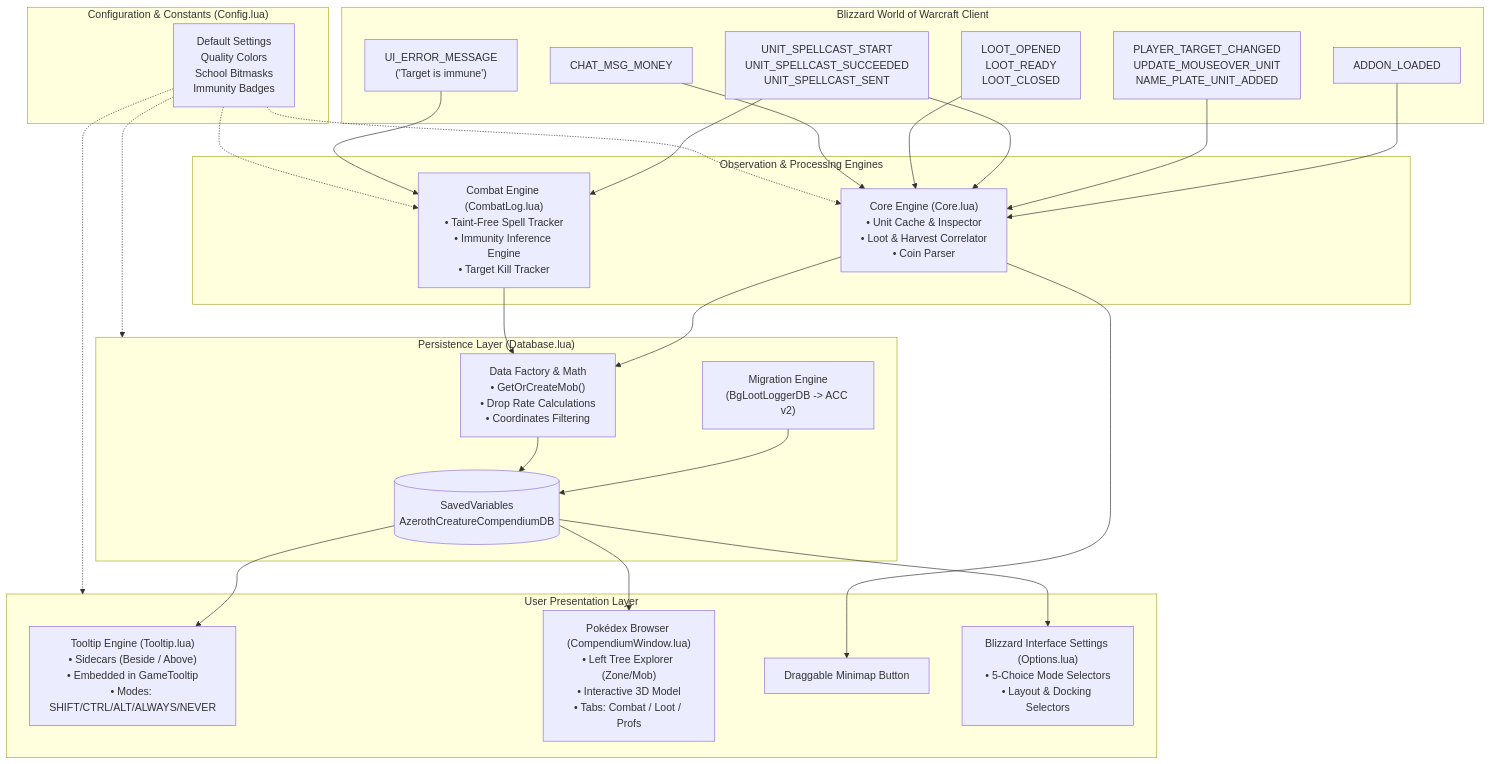
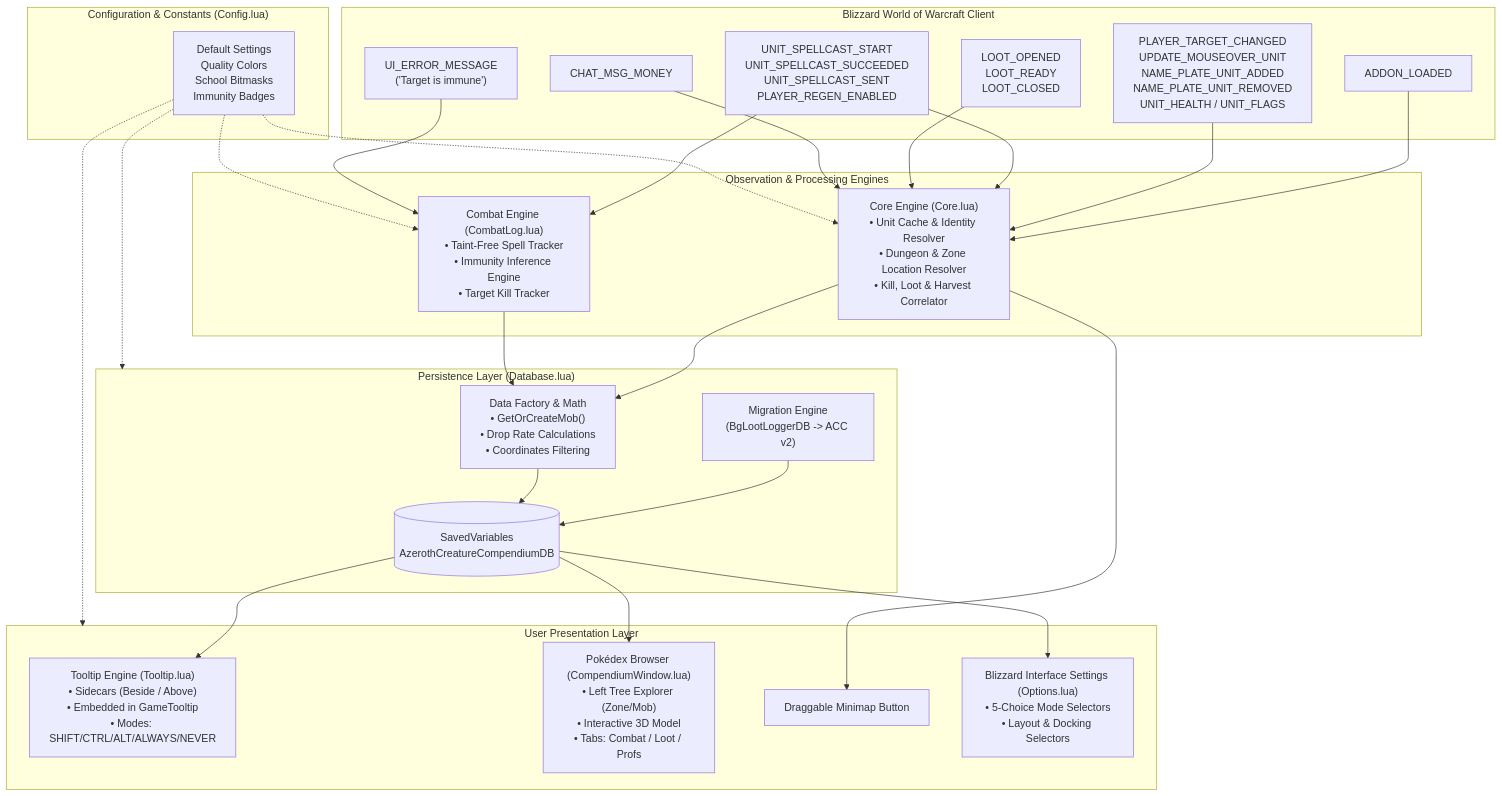
One commit to bguerre20/AzerothCreatureCompendium changed the first of 5 diagrams in docs/ARCHITECTURE.md. Above: the diagram before and after it, drawn with Mermaid. The commit also changed other lines of this file and 7 other files, not shown here.

Commit message:
fix: resolve secret unit token errors and track dungeon mob kills by dungeon name

````diff
--- a/docs/ARCHITECTURE.md
+++ b/docs/ARCHITECTURE.md
@@ -41,59 +41,59 @@
 ```mermaid
 graph TD
     subgraph WoW_Client["Blizzard World of Warcraft Client"]
         E_Life["ADDON_LOADED"]
-        E_Unit["PLAYER_TARGET_CHANGED<br/>UPDATE_MOUSEOVER_UNIT<br/>NAME_PLATE_UNIT_ADDED"]
-        E_Cast["UNIT_SPELLCAST_START<br/>UNIT_SPELLCAST_SUCCEEDED<br/>UNIT_SPELLCAST_SENT"]
+        E_Unit["PLAYER_TARGET_CHANGED<br/>UPDATE_MOUSEOVER_UNIT<br/>NAME_PLATE_UNIT_ADDED<br/>NAME_PLATE_UNIT_REMOVED<br/>UNIT_HEALTH / UNIT_FLAGS"]
+        E_Cast["UNIT_SPELLCAST_START<br/>UNIT_SPELLCAST_SUCCEEDED<br/>UNIT_SPELLCAST_SENT<br/>PLAYER_REGEN_ENABLED"]
         E_Err["UI_ERROR_MESSAGE<br/>('Target is immune')"]
         E_Loot["LOOT_OPENED<br/>LOOT_READY<br/>LOOT_CLOSED"]
         E_Chat["CHAT_MSG_MONEY"]
     end
 
     subgraph Config_Layer["Configuration & Constants (Config.lua)"]
         CONF["Default Settings<br/>Quality Colors<br/>School Bitmasks<br/>Immunity Badges"]
     end
 
     subgraph Engine_Layer["Observation & Processing Engines"]
-        CORE["Core Engine (Core.lua)<br/>• Unit Cache & Inspector<br/>• Loot & Harvest Correlator<br/>• Coin Parser"]
+        CORE["Core Engine (Core.lua)<br/>• Unit Cache & Identity Resolver<br/>• Dungeon & Zone Location Resolver<br/>• Kill, Loot & Harvest Correlator"]
         COMBAT["Combat Engine (CombatLog.lua)<br/>• Taint-Free Spell Tracker<br/>• Immunity Inference Engine<br/>• Target Kill Tracker"]
     end
 
     subgraph Storage_Layer["Persistence Layer (Database.lua)"]
         DB[("SavedVariables<br/>AzerothCreatureCompendiumDB")]
         MIG["Migration Engine<br/>(BgLootLoggerDB -> ACC v2)"]
         FACTORY["Data Factory & Math<br/>• GetOrCreateMob()<br/>• Drop Rate Calculations<br/>• Coordinates Filtering"]
     end
 
     subgraph Presentation_Layer["User Presentation Layer"]
         TOOLTIPS["Tooltip Engine (Tooltip.lua)<br/>• Sidecars (Beside / Above)<br/>• Embedded in GameTooltip<br/>• Modes: SHIFT/CTRL/ALT/ALWAYS/NEVER"]
         WINDOW["Pokédex Browser (CompendiumWindow.lua)<br/>• Left Tree Explorer (Zone/Mob)<br/>• Interactive 3D Model<br/>• Tabs: Combat / Loot / Profs"]
         MINIMAP["Draggable Minimap Button"]
         SETTINGS["Blizzard Interface Settings (Options.lua)<br/>• 5-Choice Mode Selectors<br/>• Layout & Docking Selectors"]
     end
 
     %% Event Connections
     E_Life --> CORE
     E_Unit --> CORE
     E_Cast --> CORE
     E_Cast --> COMBAT
     E_Err --> COMBAT
     E_Loot --> CORE
     E_Chat --> CORE
 
     CONF -.-> CORE
     CONF -.-> COMBAT
     CONF -.-> Storage_Layer
     CONF -.-> Presentation_Layer
 
     %% Processing Connections
     CORE --> FACTORY
     COMBAT --> FACTORY
     MIG --> DB
     FACTORY --> DB
 
     %% Query Connections
     DB --> TOOLTIPS
     DB --> WINDOW
     DB --> SETTINGS
     CORE --> MINIMAP
 ```
````
